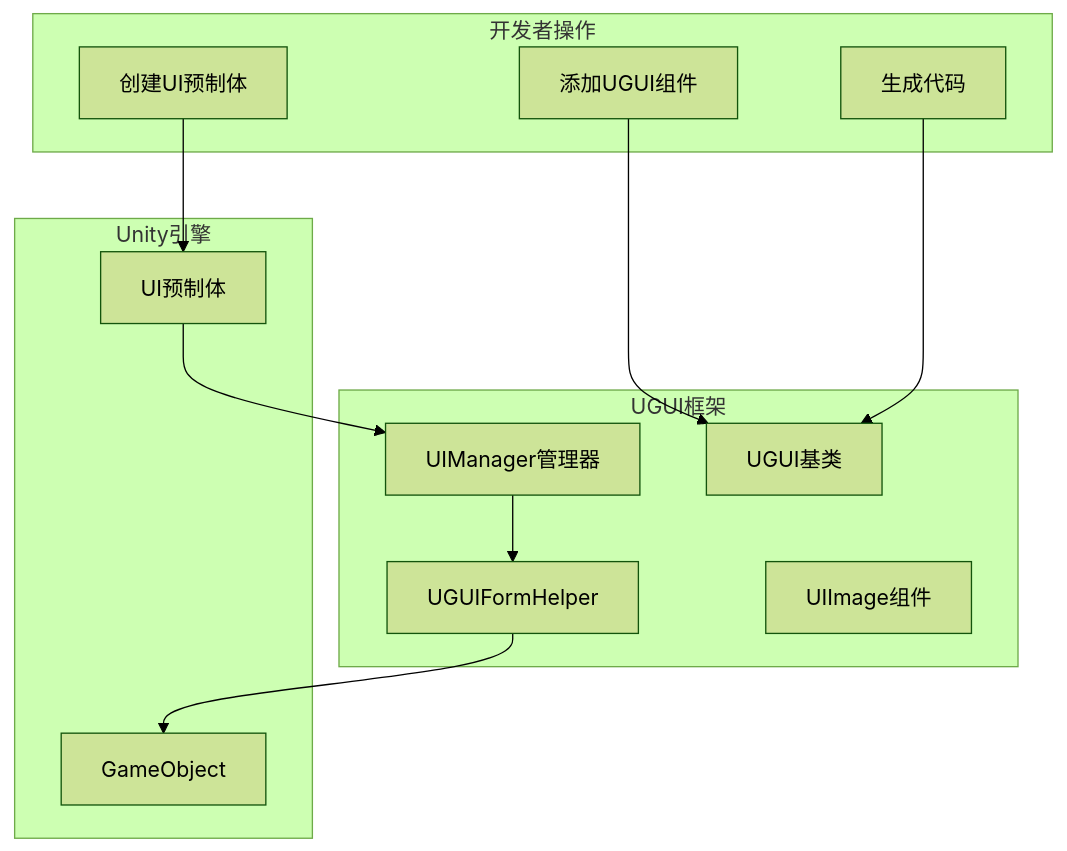
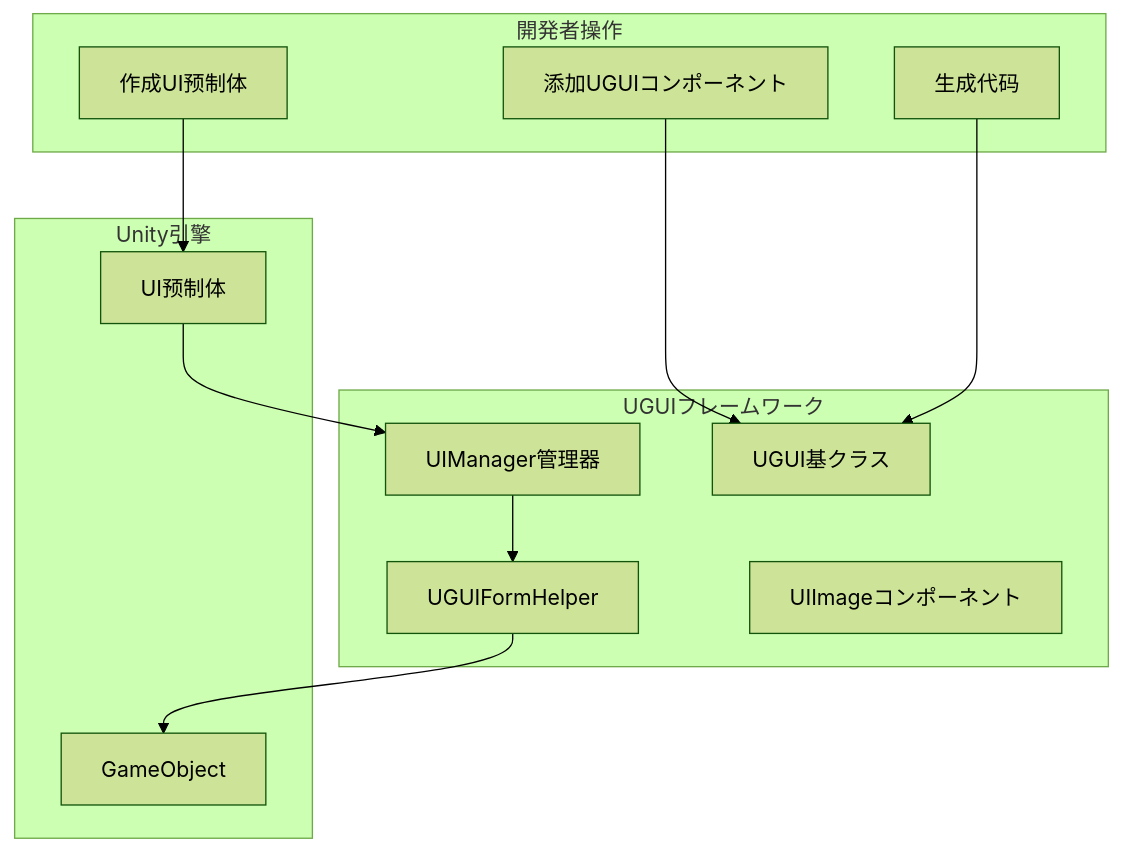
The first of 2 diagrams in docs/ja/client/unity/component/ui-ugui/13.create-ui.md (AlianBlank/GameFrameX.Docs), drawn with Mermaid (forest theme) before and after one commit. The commit also changed other lines of this file and 603 other files, not shown here.

````diff
--- a/docs/ja/client/unity/component/ui-ugui/13.create-ui.md
+++ b/docs/ja/client/unity/component/ui-ugui/13.create-ui.md
@@ -15,27 +15,27 @@
 ```mermaid
 flowchart TD
-    subgraph Developer["开发者操作"]
-        CreatePrefab[创建UI预制体]
-        AddUGUI[添加UGUI组件]
+    subgraph Developer["開発者操作"]
+        CreatePrefab[作成UI预制体]
+        AddUGUI[添加UGUIコンポーネント]
         GenerateCode[生成代码]
     end
 
-    subgraph UGUI["UGUI框架"]
-        UGUIClass[UGUI基类]
+    subgraph UGUI["UGUIフレームワーク"]
+        UGUIClass[UGUI基クラス]
         UIManager[UIManager管理器]
         UGUIFormHelper[UGUIFormHelper]
-        UIImage[UIImage组件]
+        UIImage[UIImageコンポーネント]
     end
 
     subgraph Unity["Unity引擎"]
         Prefab[UI预制体]
         GameObject[GameObject]
     end
 
     CreatePrefab --> Prefab
     AddUGUI --> UGUIClass
     GenerateCode --> UGUIClass
     Prefab --> UIManager
     UIManager --> UGUIFormHelper
     UGUIFormHelper --> GameObject
 ```
````
